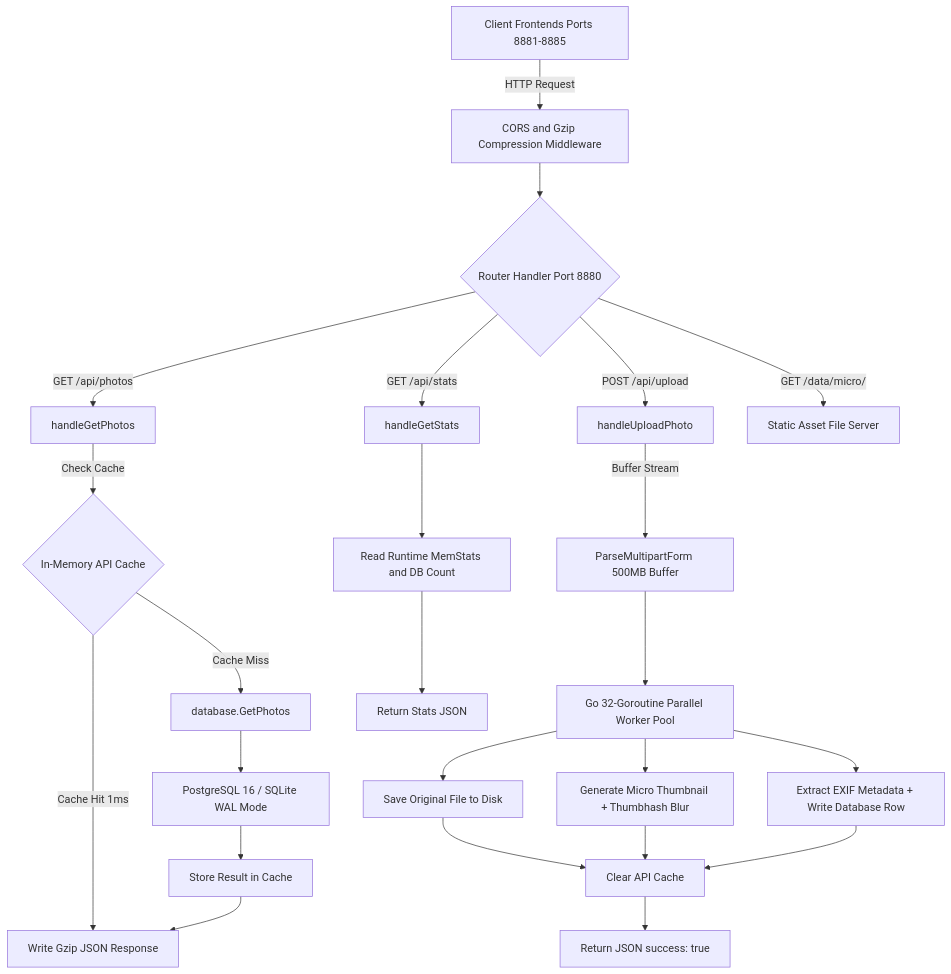
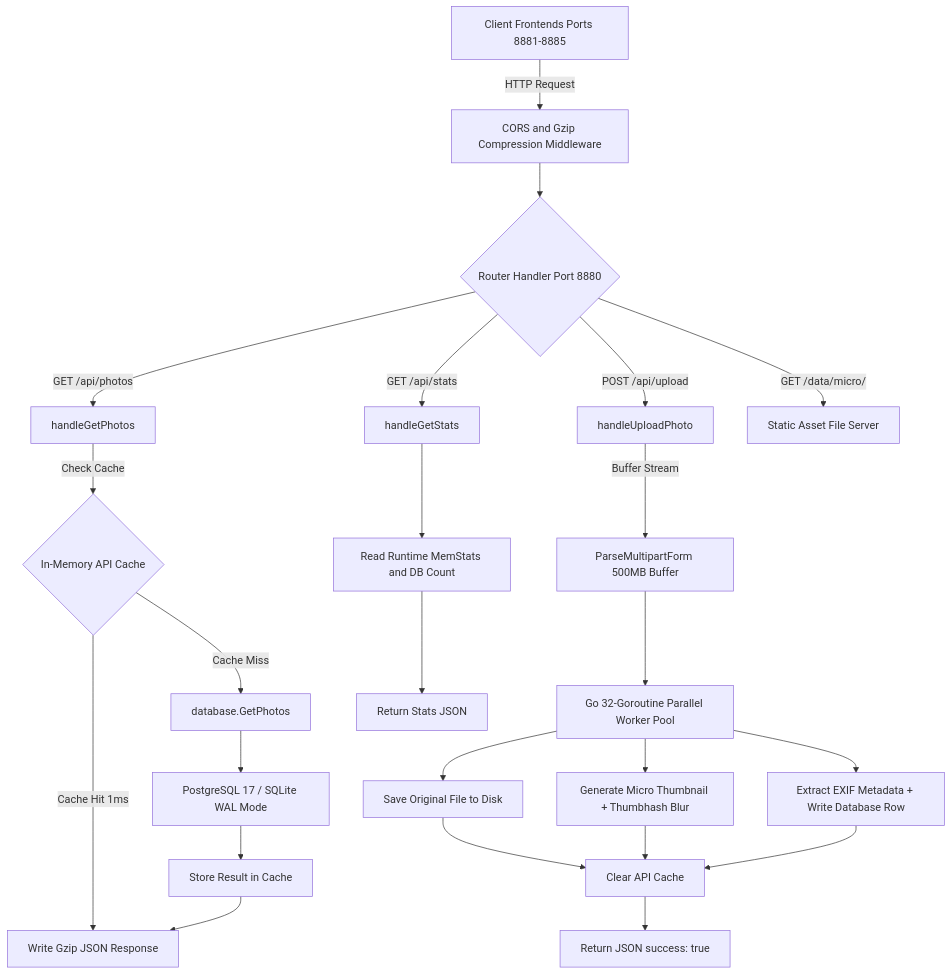
The diagram in README.md (Phawat63915/fast-gallery), drawn with Mermaid before and after one commit. The commit also changed other lines of this file and 4 other files, not shown here.

Commit message:
upgr: upgrade PostgreSQL database layer to PostgreSQL 17 Alpine across docker-compose and documentation

````diff
--- a/README.md
+++ b/README.md
@@ -84,26 +84,26 @@
 ```mermaid
 flowchart TD
     Client["Client Frontends Ports 8881-8885"] -->|HTTP Request| Middleware["CORS and Gzip Compression Middleware"]
     
     Middleware --> RouteChoice{"Router Handler Port 8880"}
     
     RouteChoice -->|GET /api/photos| GetPhotos["handleGetPhotos"]
     RouteChoice -->|POST /api/upload| UploadPhotos["handleUploadPhoto"]
     RouteChoice -->|GET /api/stats| GetStats["handleGetStats"]
     RouteChoice -->|GET /data/micro/| ServeStatic["Static Asset File Server"]
 
     GetPhotos -->|Check Cache| MemoryCache{"In-Memory API Cache"}
     MemoryCache -->|"Cache Hit 1ms"| ReturnCache["Write Gzip JSON Response"]
     MemoryCache -->|"Cache Miss"| QueryDB["database.GetPhotos"]
-    QueryDB --> PostgresOrSqlite["PostgreSQL 16 / SQLite WAL Mode"]
+    QueryDB --> PostgresOrSqlite["PostgreSQL 17 / SQLite WAL Mode"]
     PostgresOrSqlite --> CacheSave["Store Result in Cache"] --> ReturnCache
 
     UploadPhotos -->|Buffer Stream| MultipartParser["ParseMultipartForm 500MB Buffer"]
     MultipartParser --> WorkerPool["Go 32-Goroutine Parallel Worker Pool"]
     WorkerPool --> Worker1["Save Original File to Disk"]
     WorkerPool --> Worker2["Generate Micro Thumbnail + Thumbhash Blur"]
     WorkerPool --> Worker3["Extract EXIF Metadata + Write Database Row"]
     Worker1 & Worker2 & Worker3 --> ClearCache["Clear API Cache"] --> ReturnUploadSuccess["Return JSON success: true"]
 
     GetStats --> StatCollector["Read Runtime MemStats and DB Count"] --> ReturnStats["Return Stats JSON"]
 ```
````
